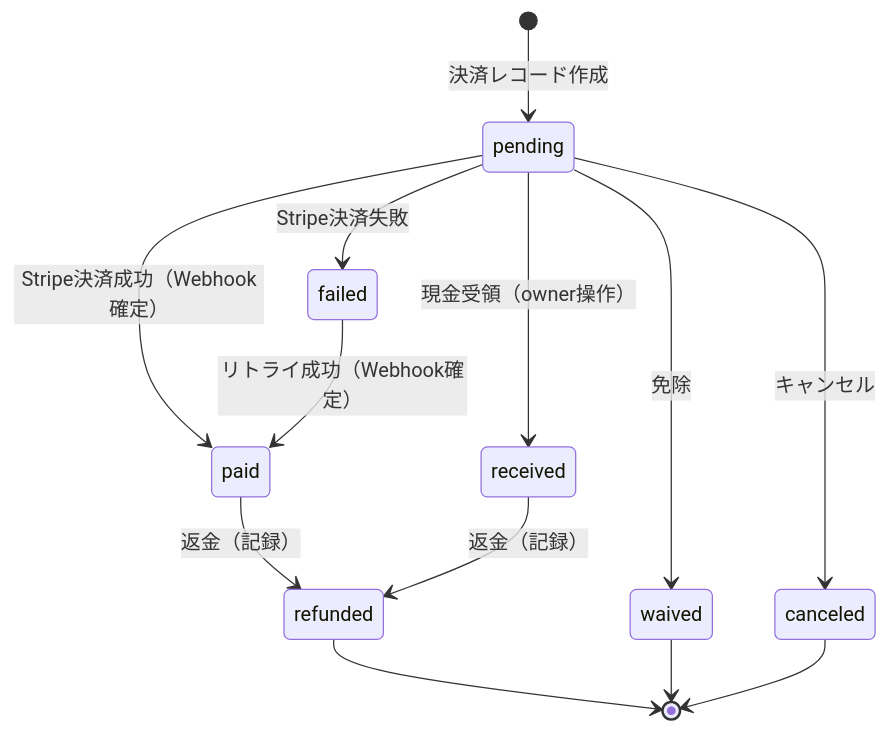
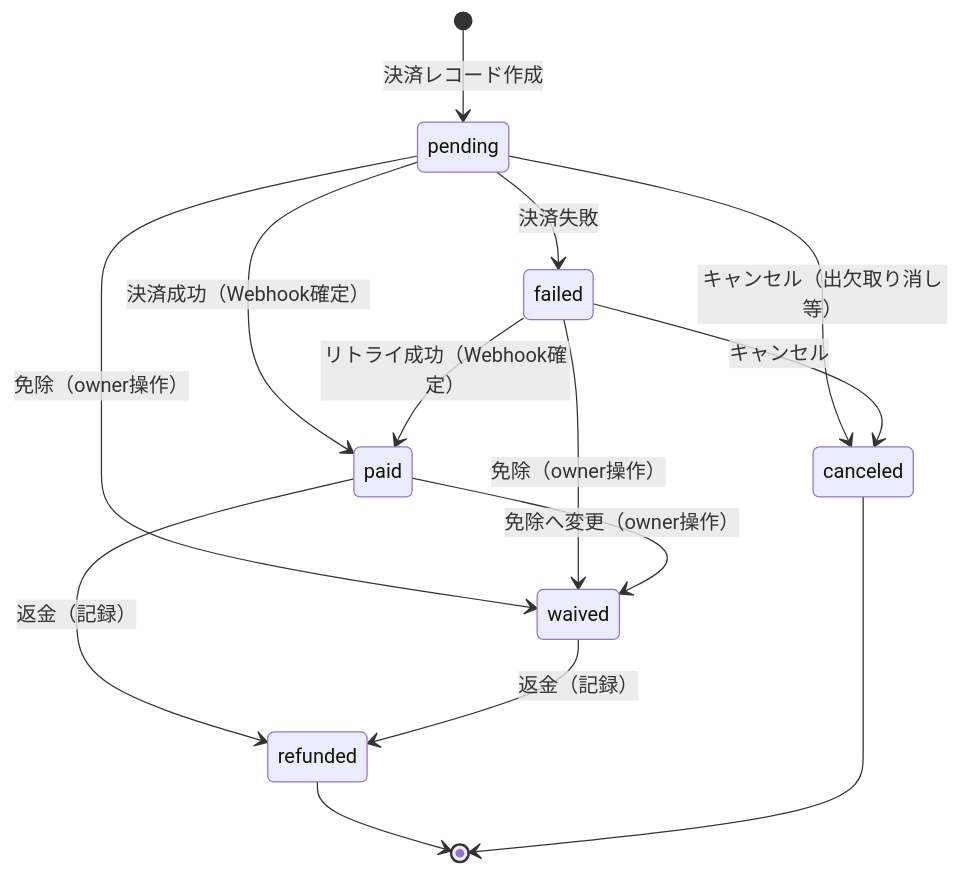
One commit to rytkhs/event-pay changed the third of 4 diagrams in docs/domain.md. Above: the diagram before and after it, drawn with Mermaid. The commit also changed other lines of this file and 1 other file, not shown here.

````diff
--- a/docs/domain.md
+++ b/docs/domain.md
@@ -192,19 +222,21 @@
 ```mermaid
 stateDiagram-v2
   [*] --> pending: 決済レコード作成
 
-  pending --> paid: Stripe決済成功（Webhook確定）
-  pending --> received: 現金受領（owner操作）
-  pending --> failed: Stripe決済失敗
-  pending --> canceled: キャンセル
-  pending --> waived: 免除
+  pending --> paid: 決済成功（Webhook確定）
+  pending --> failed: 決済失敗
+  pending --> waived: 免除（owner操作）
+  pending --> canceled: キャンセル（出欠取り消し等）
 
   failed --> paid: リトライ成功（Webhook確定）
+  failed --> waived: 免除（owner操作）
+  failed --> canceled: キャンセル
 
+  paid --> waived: 免除へ変更（owner操作）
   paid --> refunded: 返金（記録）
-  received --> refunded: 返金（記録）
+
+  waived --> refunded: 返金（記録）
 
   refunded --> [*]
-  waived --> [*]
   canceled --> [*]
 ```
````
